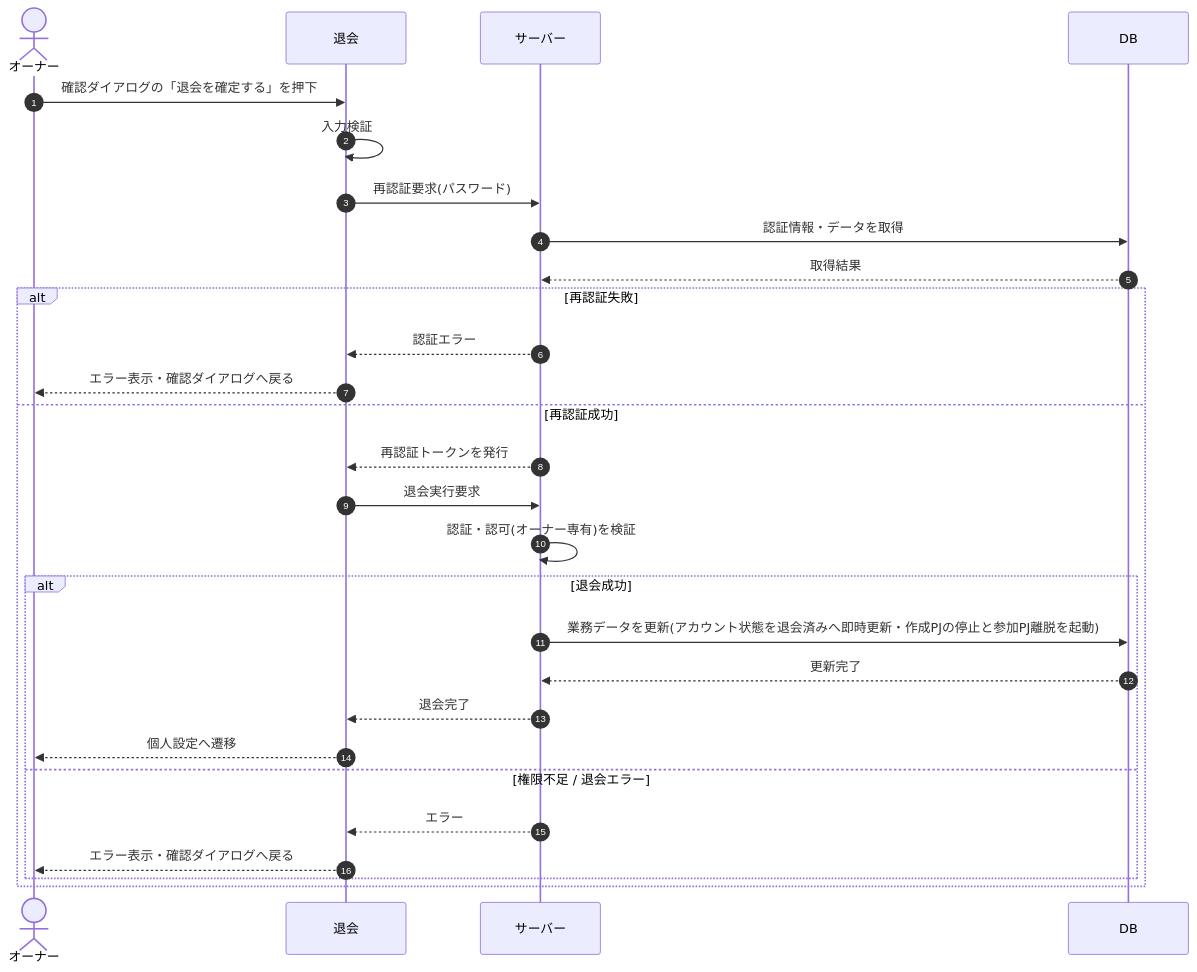
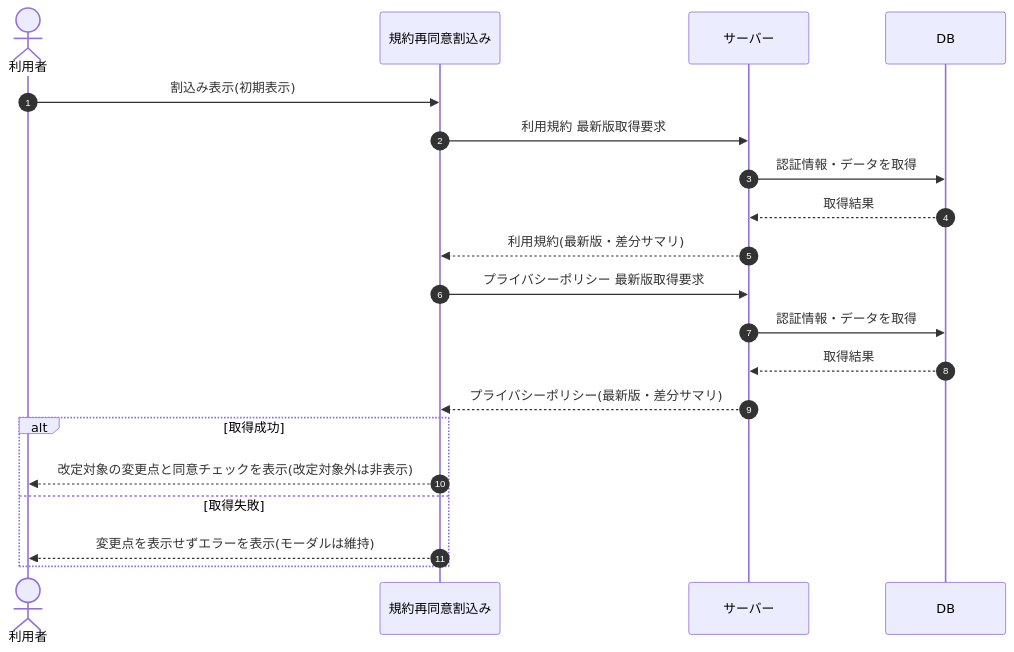
Before and after one commit to sikakou54/open-faq: the diagram in 02_basic_design/03_sequences/SEQ-066.md, drawn with Mermaid. The commit also changed other lines of this file and 395 other files, not shown here.

````diff
--- a/02_basic_design/03_sequences/SEQ-066.md
+++ b/02_basic_design/03_sequences/SEQ-066.md
@@ -25,30 +25,22 @@
 ```mermaid
 sequenceDiagram
   autonumber
-  actor U as オーナー
-  participant Screen as 退会
+  actor U as 利用者
+  participant Screen as 規約再同意割込み
   participant Server as サーバー
   participant DB as DB
-  U->>Screen: 確認ダイアログの「退会を確定する」を押下
-  Screen->>Screen: 入力検証
-  Screen->>Server: 再認証要求(パスワード)
+  U->>Screen: 割込み表示(初期表示)
+  Screen->>Server: 利用規約 最新版取得要求
   Server->>DB: 認証情報・データを取得
   DB-->>Server: 取得結果
-  alt 再認証失敗
-    Server-->>Screen: 認証エラー
-    Screen-->>U: エラー表示・確認ダイアログへ戻る
-  else 再認証成功
-    Server-->>Screen: 再認証トークンを発行
-    Screen->>Server: 退会実行要求
-    Server->>Server: 認証・認可(オーナー専有)を検証
-    alt 退会成功
-      Server->>DB: 業務データを更新(アカウント状態を退会済みへ即時更新・作成PJの停止と参加PJ離脱を起動)
-      DB-->>Server: 更新完了
-      Server-->>Screen: 退会完了
-      Screen-->>U: 個人設定へ遷移
-    else 権限不足 / 退会エラー
-      Server-->>Screen: エラー
-      Screen-->>U: エラー表示・確認ダイアログへ戻る
-    end
+  Server-->>Screen: 利用規約(最新版・差分サマリ)
+  Screen->>Server: プライバシーポリシー 最新版取得要求
+  Server->>DB: 認証情報・データを取得
+  DB-->>Server: 取得結果
+  Server-->>Screen: プライバシーポリシー(最新版・差分サマリ)
+  alt 取得成功
+    Screen-->>U: 改定対象の変更点と同意チェックを表示(改定対象外は非表示)
+  else 取得失敗
+    Screen-->>U: 変更点を表示せずエラーを表示(モーダルは維持)
   end
 ```
````
